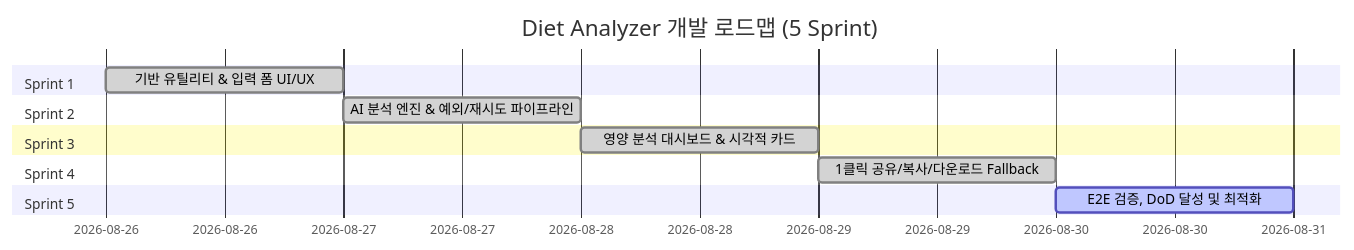
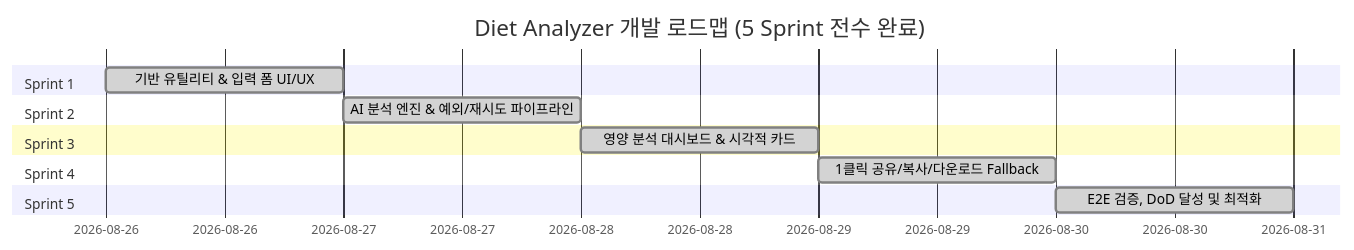
Before and after one commit to dksxogur/diet-analyzer: the diagram in docs/DEVELOPMENT_PLAN.md, drawn with Mermaid. The commit also changed other lines of this file and 1 other file, not shown here.

Commit message:
feat: complete Sprint 5 E2E verification, SEO metadata polish, and final documentation

````diff
--- a/docs/DEVELOPMENT_PLAN.md
+++ b/docs/DEVELOPMENT_PLAN.md
@@ -62,15 +62,15 @@
 ```mermaid
 gantt
-    title Diet Analyzer 개발 로드맵 (5 Sprint)
+    title Diet Analyzer 개발 로드맵 (5 Sprint 전수 완료)
     dateFormat  YYYY-MM-DD
     section Sprint 1
     기반 유틸리티 & 입력 폼 UI/UX       :done, s1, 2026-08-26, 1d
     section Sprint 2
     AI 분석 엔진 & 예외/재시도 파이프라인 :done, s2, after s1, 1d
     section Sprint 3
     영양 분석 대시보드 & 시각적 카드    :done, s3, after s2, 1d
     section Sprint 4
     1클릭 공유/복사/다운로드 Fallback    :done, s4, after s3, 1d
     section Sprint 5
-    E2E 검증, DoD 달성 및 최적화        :active, s5, after s4, 1d
+    E2E 검증, DoD 달성 및 최적화        :done, s5, after s4, 1d
 ```
````
